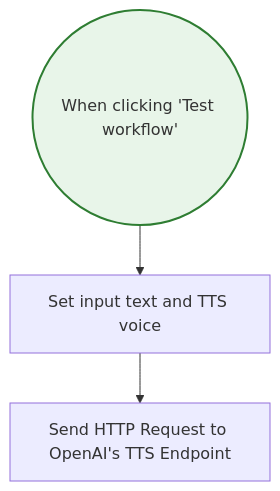
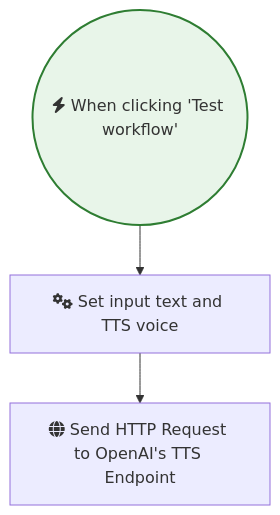
Before and after one commit to sreyash3105/N8N-DEMO-AUTOMATIONS: the diagram in OpenAI_and_LLMs/Text to Speech Openai.md, drawn with Mermaid. The commit also changed 291 other files, not shown here.

````diff
--- a/OpenAI_and_LLMs/Text to Speech Openai.md
+++ b/OpenAI_and_LLMs/Text to Speech Openai.md
@@ -1,13 +1,13 @@
 ```mermaid
 graph TD
     classDef trigger fill:#e8f5e9,stroke:#2e7d32,stroke-width:2px;
     classDef ai fill:#e3f2fd,stroke:#1565c0,stroke-width:2px;
     classDef logic fill:#fff3e0,stroke:#ef6c00,stroke-width:2px;
 
-    When_clicking__Test_workflow_(("When clicking 'Test workflow'")):::trigger
-    Set_input_text_and_TTS_voice["Set input text and TTS voice"]
-    Send_HTTP_Request_to_OpenAI_s_TTS_Endpoint["Send HTTP Request to OpenAI's TTS Endpoint"]
+    When_clicking__Test_workflow_(("fas:fa-bolt When clicking 'Test workflow'")):::trigger
+    Set_input_text_and_TTS_voice["fas:fa-cogs Set input text and TTS voice"]
+    Send_HTTP_Request_to_OpenAI_s_TTS_Endpoint["fas:fa-globe Send HTTP Request to OpenAI's TTS Endpoint"]
 
     Set_input_text_and_TTS_voice --> Send_HTTP_Request_to_OpenAI_s_TTS_Endpoint
     When_clicking__Test_workflow_ --> Set_input_text_and_TTS_voice
 ```
````
